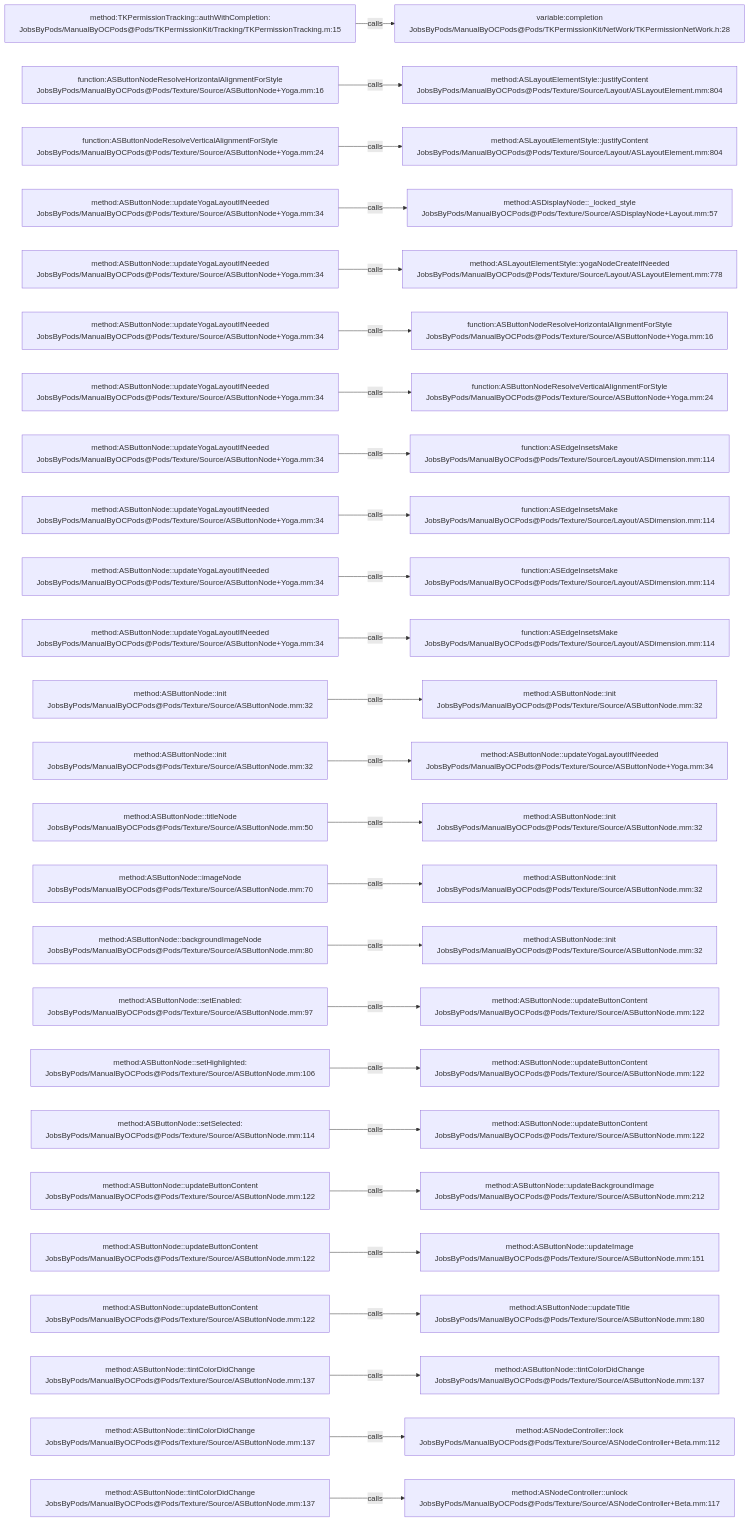
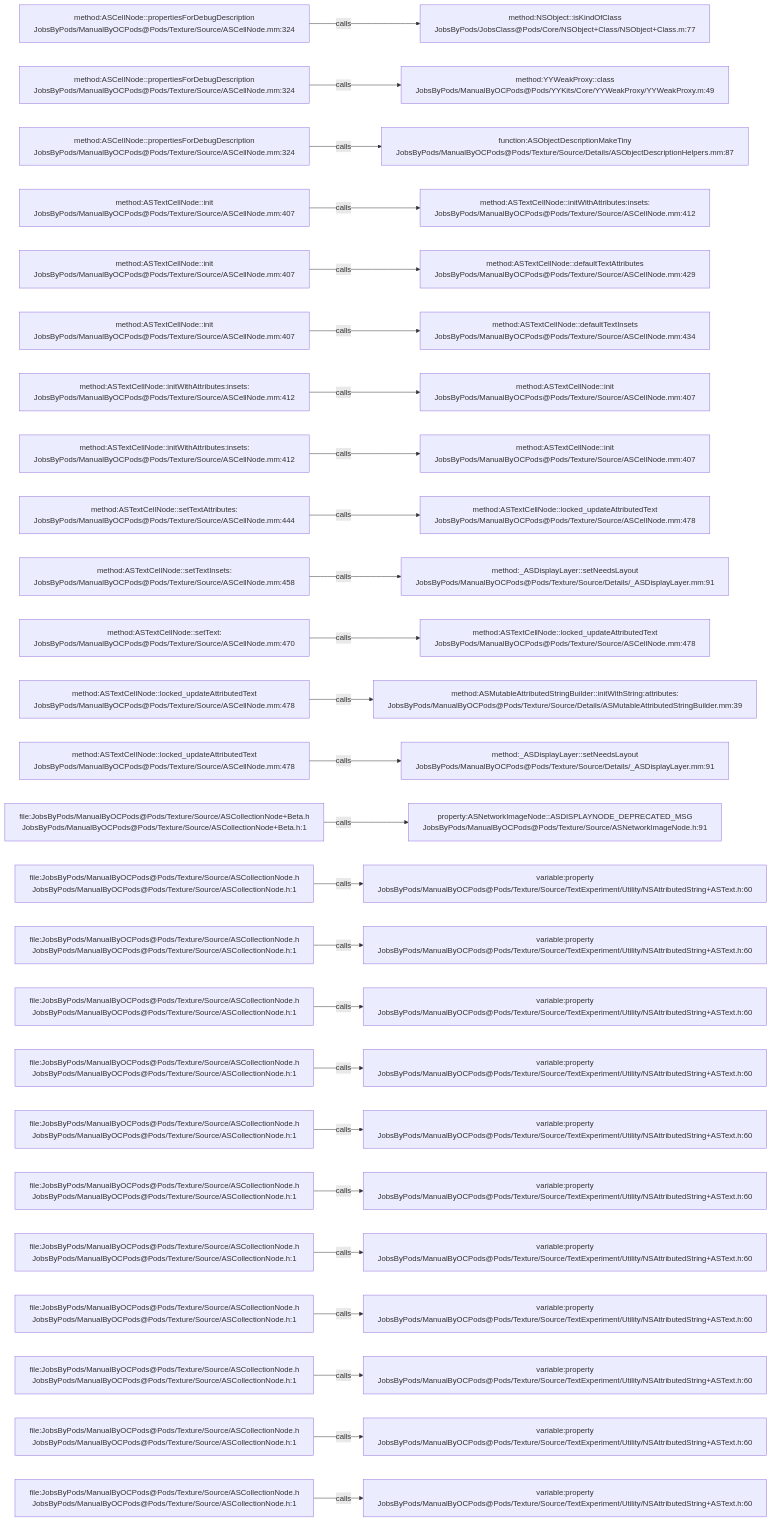
The diagram in .codegraph/codegraph.md/graphs/calls-072.md (JobsKits/JobsOCBaseConfigDemo), drawn with Mermaid before and after one commit. The commit also changed 1353 other files, not shown here.

````diff
--- a/.codegraph/codegraph.md/graphs/calls-072.md
+++ b/.codegraph/codegraph.md/graphs/calls-072.md
@@ -13,78 +13,78 @@
 ```mermaid
 flowchart LR
-  S1["method:TKPermissionTracking::authWithCompletion:<br/>JobsByPods/ManualByOCPods@Pods/TKPermissionKit/Tracking/TKPermissionTracking.m:15"]
-  T1["variable:completion<br/>JobsByPods/ManualByOCPods@Pods/TKPermissionKit/NetWork/TKPermissionNetWork.h:28"]
+  S1["method:ASCellNode::propertiesForDebugDescription<br/>JobsByPods/ManualByOCPods@Pods/Texture/Source/ASCellNode.mm:324"]
+  T1["method:NSObject::isKindOfClass<br/>JobsByPods/JobsClass@Pods/Core/NSObject+Class/NSObject+Class.m:77"]
   S1 -->|calls| T1
-  S2["function:ASButtonNodeResolveHorizontalAlignmentForStyle<br/>JobsByPods/ManualByOCPods@Pods/Texture/Source/ASButtonNode+Yoga.mm:16"]
-  T2["method:ASLayoutElementStyle::justifyContent<br/>JobsByPods/ManualByOCPods@Pods/Texture/Source/Layout/ASLayoutElement.mm:804"]
+  S2["method:ASCellNode::propertiesForDebugDescription<br/>JobsByPods/ManualByOCPods@Pods/Texture/Source/ASCellNode.mm:324"]
+  T2["method:YYWeakProxy::class<br/>JobsByPods/ManualByOCPods@Pods/YYKits/Core/YYWeakProxy/YYWeakProxy.m:49"]
   S2 -->|calls| T2
-  S3["function:ASButtonNodeResolveVerticalAlignmentForStyle<br/>JobsByPods/ManualByOCPods@Pods/Texture/Source/ASButtonNode+Yoga.mm:24"]
-  T3["method:ASLayoutElementStyle::justifyContent<br/>JobsByPods/ManualByOCPods@Pods/Texture/Source/Layout/ASLayoutElement.mm:804"]
+  S3["method:ASCellNode::propertiesForDebugDescription<br/>JobsByPods/ManualByOCPods@Pods/Texture/Source/ASCellNode.mm:324"]
+  T3["function:ASObjectDescriptionMakeTiny<br/>JobsByPods/ManualByOCPods@Pods/Texture/Source/Details/ASObjectDescriptionHelpers.mm:87"]
   S3 -->|calls| T3
-  S4["method:ASButtonNode::updateYogaLayoutIfNeeded<br/>JobsByPods/ManualByOCPods@Pods/Texture/Source/ASButtonNode+Yoga.mm:34"]
-  T4["method:ASDisplayNode::_locked_style<br/>JobsByPods/ManualByOCPods@Pods/Texture/Source/ASDisplayNode+Layout.mm:57"]
+  S4["method:ASTextCellNode::init<br/>JobsByPods/ManualByOCPods@Pods/Texture/Source/ASCellNode.mm:407"]
+  T4["method:ASTextCellNode::initWithAttributes:insets:<br/>JobsByPods/ManualByOCPods@Pods/Texture/Source/ASCellNode.mm:412"]
   S4 -->|calls| T4
-  S5["method:ASButtonNode::updateYogaLayoutIfNeeded<br/>JobsByPods/ManualByOCPods@Pods/Texture/Source/ASButtonNode+Yoga.mm:34"]
-  T5["method:ASLayoutElementStyle::yogaNodeCreateIfNeeded<br/>JobsByPods/ManualByOCPods@Pods/Texture/Source/Layout/ASLayoutElement.mm:778"]
+  S5["method:ASTextCellNode::init<br/>JobsByPods/ManualByOCPods@Pods/Texture/Source/ASCellNode.mm:407"]
+  T5["method:ASTextCellNode::defaultTextAttributes<br/>JobsByPods/ManualByOCPods@Pods/Texture/Source/ASCellNode.mm:429"]
   S5 -->|calls| T5
-  S6["method:ASButtonNode::updateYogaLayoutIfNeeded<br/>JobsByPods/ManualByOCPods@Pods/Texture/Source/ASButtonNode+Yoga.mm:34"]
-  T6["function:ASButtonNodeResolveHorizontalAlignmentForStyle<br/>JobsByPods/ManualByOCPods@Pods/Texture/Source/ASButtonNode+Yoga.mm:16"]
+  S6["method:ASTextCellNode::init<br/>JobsByPods/ManualByOCPods@Pods/Texture/Source/ASCellNode.mm:407"]
+  T6["method:ASTextCellNode::defaultTextInsets<br/>JobsByPods/ManualByOCPods@Pods/Texture/Source/ASCellNode.mm:434"]
   S6 -->|calls| T6
-  S7["method:ASButtonNode::updateYogaLayoutIfNeeded<br/>JobsByPods/ManualByOCPods@Pods/Texture/Source/ASButtonNode+Yoga.mm:34"]
-  T7["function:ASButtonNodeResolveVerticalAlignmentForStyle<br/>JobsByPods/ManualByOCPods@Pods/Texture/Source/ASButtonNode+Yoga.mm:24"]
+  S7["method:ASTextCellNode::initWithAttributes:insets:<br/>JobsByPods/ManualByOCPods@Pods/Texture/Source/ASCellNode.mm:412"]
+  T7["method:ASTextCellNode::init<br/>JobsByPods/ManualByOCPods@Pods/Texture/Source/ASCellNode.mm:407"]
   S7 -->|calls| T7
-  S8["method:ASButtonNode::updateYogaLayoutIfNeeded<br/>JobsByPods/ManualByOCPods@Pods/Texture/Source/ASButtonNode+Yoga.mm:34"]
-  T8["function:ASEdgeInsetsMake<br/>JobsByPods/ManualByOCPods@Pods/Texture/Source/Layout/ASDimension.mm:114"]
+  S8["method:ASTextCellNode::initWithAttributes:insets:<br/>JobsByPods/ManualByOCPods@Pods/Texture/Source/ASCellNode.mm:412"]
+  T8["method:ASTextCellNode::init<br/>JobsByPods/ManualByOCPods@Pods/Texture/Source/ASCellNode.mm:407"]
   S8 -->|calls| T8
-  S9["method:ASButtonNode::updateYogaLayoutIfNeeded<br/>JobsByPods/ManualByOCPods@Pods/Texture/Source/ASButtonNode+Yoga.mm:34"]
-  T9["function:ASEdgeInsetsMake<br/>JobsByPods/ManualByOCPods@Pods/Texture/Source/Layout/ASDimension.mm:114"]
+  S9["method:ASTextCellNode::setTextAttributes:<br/>JobsByPods/ManualByOCPods@Pods/Texture/Source/ASCellNode.mm:444"]
+  T9["method:ASTextCellNode::locked_updateAttributedText<br/>JobsByPods/ManualByOCPods@Pods/Texture/Source/ASCellNode.mm:478"]
   S9 -->|calls| T9
-  S10["method:ASButtonNode::updateYogaLayoutIfNeeded<br/>JobsByPods/ManualByOCPods@Pods/Texture/Source/ASButtonNode+Yoga.mm:34"]
-  T10["function:ASEdgeInsetsMake<br/>JobsByPods/ManualByOCPods@Pods/Texture/Source/Layout/ASDimension.mm:114"]
+  S10["method:ASTextCellNode::setTextInsets:<br/>JobsByPods/ManualByOCPods@Pods/Texture/Source/ASCellNode.mm:458"]
+  T10["method:_ASDisplayLayer::setNeedsLayout<br/>JobsByPods/ManualByOCPods@Pods/Texture/Source/Details/_ASDisplayLayer.mm:91"]
   S10 -->|calls| T10
-  S11["method:ASButtonNode::updateYogaLayoutIfNeeded<br/>JobsByPods/ManualByOCPods@Pods/Texture/Source/ASButtonNode+Yoga.mm:34"]
-  T11["function:ASEdgeInsetsMake<br/>JobsByPods/ManualByOCPods@Pods/Texture/Source/Layout/ASDimension.mm:114"]
+  S11["method:ASTextCellNode::setText:<br/>JobsByPods/ManualByOCPods@Pods/Texture/Source/ASCellNode.mm:470"]
+  T11["method:ASTextCellNode::locked_updateAttributedText<br/>JobsByPods/ManualByOCPods@Pods/Texture/Source/ASCellNode.mm:478"]
   S11 -->|calls| T11
-  S12["method:ASButtonNode::init<br/>JobsByPods/ManualByOCPods@Pods/Texture/Source/ASButtonNode.mm:32"]
-  T12["method:ASButtonNode::init<br/>JobsByPods/ManualByOCPods@Pods/Texture/Source/ASButtonNode.mm:32"]
+  S12["method:ASTextCellNode::locked_updateAttributedText<br/>JobsByPods/ManualByOCPods@Pods/Texture/Source/ASCellNode.mm:478"]
+  T12["method:ASMutableAttributedStringBuilder::initWithString:attributes:<br/>JobsByPods/ManualByOCPods@Pods/Texture/Source/Details/ASMutableAttributedStringBuilder.mm:39"]
   S12 -->|calls| T12
-  S13["method:ASButtonNode::init<br/>JobsByPods/ManualByOCPods@Pods/Texture/Source/ASButtonNode.mm:32"]
-  T13["method:ASButtonNode::updateYogaLayoutIfNeeded<br/>JobsByPods/ManualByOCPods@Pods/Texture/Source/ASButtonNode+Yoga.mm:34"]
+  S13["method:ASTextCellNode::locked_updateAttributedText<br/>JobsByPods/ManualByOCPods@Pods/Texture/Source/ASCellNode.mm:478"]
+  T13["method:_ASDisplayLayer::setNeedsLayout<br/>JobsByPods/ManualByOCPods@Pods/Texture/Source/Details/_ASDisplayLayer.mm:91"]
   S13 -->|calls| T13
-  S14["method:ASButtonNode::titleNode<br/>JobsByPods/ManualByOCPods@Pods/Texture/Source/ASButtonNode.mm:50"]
-  T14["method:ASButtonNode::init<br/>JobsByPods/ManualByOCPods@Pods/Texture/Source/ASButtonNode.mm:32"]
+  S14["file:JobsByPods/ManualByOCPods@Pods/Texture/Source/ASCollectionNode+Beta.h<br/>JobsByPods/ManualByOCPods@Pods/Texture/Source/ASCollectionNode+Beta.h:1"]
+  T14["property:ASNetworkImageNode::ASDISPLAYNODE_DEPRECATED_MSG<br/>JobsByPods/ManualByOCPods@Pods/Texture/Source/ASNetworkImageNode.h:91"]
   S14 -->|calls| T14
-  S15["method:ASButtonNode::imageNode<br/>JobsByPods/ManualByOCPods@Pods/Texture/Source/ASButtonNode.mm:70"]
-  T15["method:ASButtonNode::init<br/>JobsByPods/ManualByOCPods@Pods/Texture/Source/ASButtonNode.mm:32"]
+  S15["file:JobsByPods/ManualByOCPods@Pods/Texture/Source/ASCollectionNode.h<br/>JobsByPods/ManualByOCPods@Pods/Texture/Source/ASCollectionNode.h:1"]
+  T15["variable:property<br/>JobsByPods/ManualByOCPods@Pods/Texture/Source/TextExperiment/Utility/NSAttributedString+ASText.h:60"]
   S15 -->|calls| T15
-  S16["method:ASButtonNode::backgroundImageNode<br/>JobsByPods/ManualByOCPods@Pods/Texture/Source/ASButtonNode.mm:80"]
-  T16["method:ASButtonNode::init<br/>JobsByPods/ManualByOCPods@Pods/Texture/Source/ASButtonNode.mm:32"]
+  S16["file:JobsByPods/ManualByOCPods@Pods/Texture/Source/ASCollectionNode.h<br/>JobsByPods/ManualByOCPods@Pods/Texture/Source/ASCollectionNode.h:1"]
+  T16["variable:property<br/>JobsByPods/ManualByOCPods@Pods/Texture/Source/TextExperiment/Utility/NSAttributedString+ASText.h:60"]
   S16 -->|calls| T16
-  S17["method:ASButtonNode::setEnabled:<br/>JobsByPods/ManualByOCPods@Pods/Texture/Source/ASButtonNode.mm:97"]
-  T17["method:ASButtonNode::updateButtonContent<br/>JobsByPods/ManualByOCPods@Pods/Texture/Source/ASButtonNode.mm:122"]
+  S17["file:JobsByPods/ManualByOCPods@Pods/Texture/Source/ASCollectionNode.h<br/>JobsByPods/ManualByOCPods@Pods/Texture/Source/ASCollectionNode.h:1"]
+  T17["variable:property<br/>JobsByPods/ManualByOCPods@Pods/Texture/Source/TextExperiment/Utility/NSAttributedString+ASText.h:60"]
   S17 -->|calls| T17
-  S18["method:ASButtonNode::setHighlighted:<br/>JobsByPods/ManualByOCPods@Pods/Texture/Source/ASButtonNode.mm:106"]
-  T18["method:ASButtonNode::updateButtonContent<br/>JobsByPods/ManualByOCPods@Pods/Texture/Source/ASButtonNode.mm:122"]
+  S18["file:JobsByPods/ManualByOCPods@Pods/Texture/Source/ASCollectionNode.h<br/>JobsByPods/ManualByOCPods@Pods/Texture/Source/ASCollectionNode.h:1"]
+  T18["variable:property<br/>JobsByPods/ManualByOCPods@Pods/Texture/Source/TextExperiment/Utility/NSAttributedString+ASText.h:60"]
   S18 -->|calls| T18
-  S19["method:ASButtonNode::setSelected:<br/>JobsByPods/ManualByOCPods@Pods/Texture/Source/ASButtonNode.mm:114"]
-  T19["method:ASButtonNode::updateButtonContent<br/>JobsByPods/ManualByOCPods@Pods/Texture/Source/ASButtonNode.mm:122"]
+  S19["file:JobsByPods/ManualByOCPods@Pods/Texture/Source/ASCollectionNode.h<br/>JobsByPods/ManualByOCPods@Pods/Texture/Source/ASCollectionNode.h:1"]
+  T19["variable:property<br/>JobsByPods/ManualByOCPods@Pods/Texture/Source/TextExperiment/Utility/NSAttributedString+ASText.h:60"]
   S19 -->|calls| T19
-  S20["method:ASButtonNode::updateButtonContent<br/>JobsByPods/ManualByOCPods@Pods/Texture/Source/ASButtonNode.mm:122"]
-  T20["method:ASButtonNode::updateBackgroundImage<br/>JobsByPods/ManualByOCPods@Pods/Texture/Source/ASButtonNode.mm:212"]
+  S20["file:JobsByPods/ManualByOCPods@Pods/Texture/Source/ASCollectionNode.h<br/>JobsByPods/ManualByOCPods@Pods/Texture/Source/ASCollectionNode.h:1"]
+  T20["variable:property<br/>JobsByPods/ManualByOCPods@Pods/Texture/Source/TextExperiment/Utility/NSAttributedString+ASText.h:60"]
   S20 -->|calls| T20
-  S21["method:ASButtonNode::updateButtonContent<br/>JobsByPods/ManualByOCPods@Pods/Texture/Source/ASButtonNode.mm:122"]
-  T21["method:ASButtonNode::updateImage<br/>JobsByPods/ManualByOCPods@Pods/Texture/Source/ASButtonNode.mm:151"]
+  S21["file:JobsByPods/ManualByOCPods@Pods/Texture/Source/ASCollectionNode.h<br/>JobsByPods/ManualByOCPods@Pods/Texture/Source/ASCollectionNode.h:1"]
+  T21["variable:property<br/>JobsByPods/ManualByOCPods@Pods/Texture/Source/TextExperiment/Utility/NSAttributedString+ASText.h:60"]
   S21 -->|calls| T21
-  S22["method:ASButtonNode::updateButtonContent<br/>JobsByPods/ManualByOCPods@Pods/Texture/Source/ASButtonNode.mm:122"]
-  T22["method:ASButtonNode::updateTitle<br/>JobsByPods/ManualByOCPods@Pods/Texture/Source/ASButtonNode.mm:180"]
+  S22["file:JobsByPods/ManualByOCPods@Pods/Texture/Source/ASCollectionNode.h<br/>JobsByPods/ManualByOCPods@Pods/Texture/Source/ASCollectionNode.h:1"]
+  T22["variable:property<br/>JobsByPods/ManualByOCPods@Pods/Texture/Source/TextExperiment/Utility/NSAttributedString+ASText.h:60"]
   S22 -->|calls| T22
-  S23["method:ASButtonNode::tintColorDidChange<br/>JobsByPods/ManualByOCPods@Pods/Texture/Source/ASButtonNode.mm:137"]
-  T23["method:ASButtonNode::tintColorDidChange<br/>JobsByPods/ManualByOCPods@Pods/Texture/Source/ASButtonNode.mm:137"]
+  S23["file:JobsByPods/ManualByOCPods@Pods/Texture/Source/ASCollectionNode.h<br/>JobsByPods/ManualByOCPods@Pods/Texture/Source/ASCollectionNode.h:1"]
+  T23["variable:property<br/>JobsByPods/ManualByOCPods@Pods/Texture/Source/TextExperiment/Utility/NSAttributedString+ASText.h:60"]
   S23 -->|calls| T23
-  S24["method:ASButtonNode::tintColorDidChange<br/>JobsByPods/ManualByOCPods@Pods/Texture/Source/ASButtonNode.mm:137"]
-  T24["method:ASNodeController::lock<br/>JobsByPods/ManualByOCPods@Pods/Texture/Source/ASNodeController+Beta.mm:112"]
+  S24["file:JobsByPods/ManualByOCPods@Pods/Texture/Source/ASCollectionNode.h<br/>JobsByPods/ManualByOCPods@Pods/Texture/Source/ASCollectionNode.h:1"]
+  T24["variable:property<br/>JobsByPods/ManualByOCPods@Pods/Texture/Source/TextExperiment/Utility/NSAttributedString+ASText.h:60"]
   S24 -->|calls| T24
-  S25["method:ASButtonNode::tintColorDidChange<br/>JobsByPods/ManualByOCPods@Pods/Texture/Source/ASButtonNode.mm:137"]
-  T25["method:ASNodeController::unlock<br/>JobsByPods/ManualByOCPods@Pods/Texture/Source/ASNodeController+Beta.mm:117"]
+  S25["file:JobsByPods/ManualByOCPods@Pods/Texture/Source/ASCollectionNode.h<br/>JobsByPods/ManualByOCPods@Pods/Texture/Source/ASCollectionNode.h:1"]
+  T25["variable:property<br/>JobsByPods/ManualByOCPods@Pods/Texture/Source/TextExperiment/Utility/NSAttributedString+ASText.h:60"]
   S25 -->|calls| T25
 ```
````
